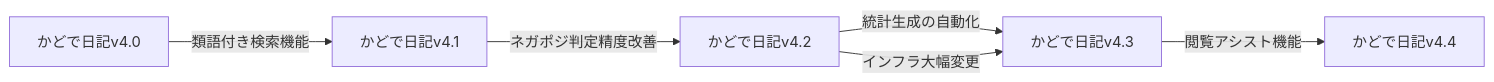
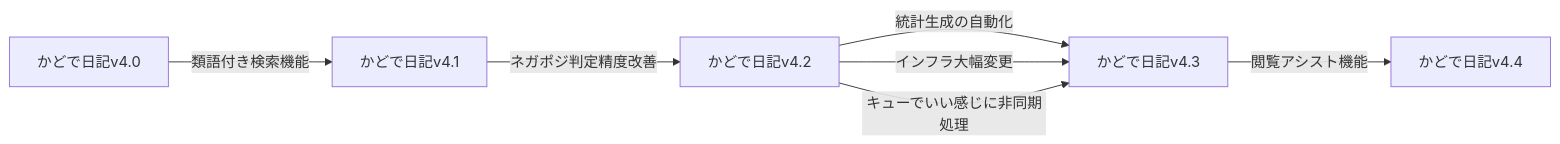
Before and after one commit to KadodeProject/kadode_nikki3: the fourth of 4 diagrams in README.md, drawn with Mermaid. The commit also changed other lines of this file, not shown here.

````diff
--- a/README.md
+++ b/README.md
@@ -114,9 +118,10 @@
 ```mermaid
 flowchart LR
     B[かどで日記v4.0]
     B-->|類語付き検索機能|C[かどで日記v4.1]
     C-->|ネガポジ判定精度改善|D[かどで日記v4.2]
     D-->|統計生成の自動化|E[かどで日記v4.3]
     D-->|インフラ大幅変更|E
+    D-->|キューでいい感じに非同期処理|E
     E-->|閲覧アシスト機能|F[かどで日記v4.4]
 ```
````
